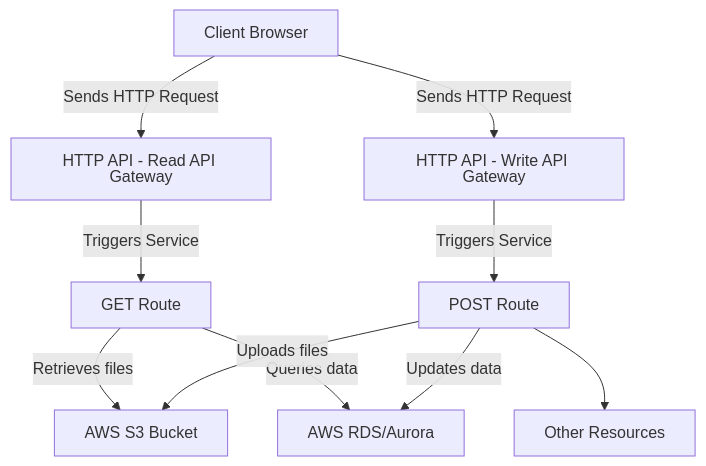
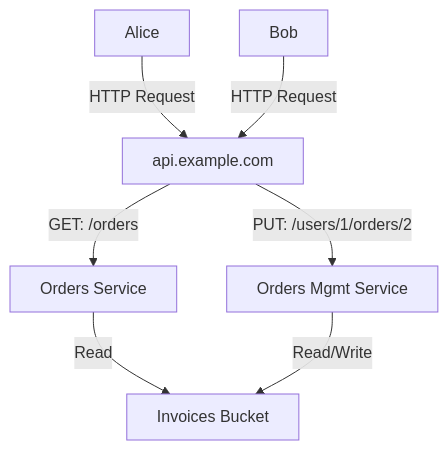
The fourth of 5 diagrams in docs/architecture/index.mdx (nitrictech/docs), drawn with Mermaid before and after one commit. The commit also changed other lines of this file, not shown here.

Commit message:
update architecture over page

````diff
--- a/docs/architecture/index.mdx
+++ b/docs/architecture/index.mdx
@@ -139,38 +151,32 @@
 ```mermaid
 flowchart TD
     %% Actors
-    Browser[Client Browser]
+    Client1[Alice]
+    Client2[Bob]
 
     %% Nitric Application Containers (APIs)
-    API_Read[HTTP API - Read API Gateway]
-    API_Write[HTTP API - Write API Gateway]
-
-    Other[Other Resources]
+    Api[api.example.com]
 
     %% Services for respective API routes
-    ReadService[GET Route]
-    WriteService[POST Route]
+    UserSrv[Orders Service]
+    AdminSrv[Orders Mgmt Service]
 
     %% Backend Services / Resources
-    Bucket[AWS S3 Bucket]
-    RDS[AWS RDS/Aurora]
+    Bucket[Invoices Bucket]
 
     %% Interactions from the client to each API
-    Browser -->|Sends HTTP Request| API_Read
-    Browser -->|Sends HTTP Request| API_Write
+    Client1 -->|HTTP Request| Api
+    Client2 -->|HTTP Request| Api
 
     %% API triggers to their respective services
-    API_Read -->|Triggers Service| ReadService
-    API_Write -->|Triggers Service| WriteService
+    Api -->|GET: /orders| UserSrv
+    Api -->|PUT: /users/1/orders/2| AdminSrv
 
     %% Common backend resource interactions from the read service
-    ReadService -->|Retrieves files| Bucket
-    ReadService -->|Queries data| RDS
+    UserSrv -->|Read| Bucket
 
     %% Common backend resource interactions from the write service
-    WriteService -->|Uploads files| Bucket
-    WriteService -->|Updates data| RDS
-    WriteService -->Other
+    AdminSrv -->|Read/Write| Bucket
 classDef default line-height:1;
 classDef edgeLabel line-height:2;
 ```
````
